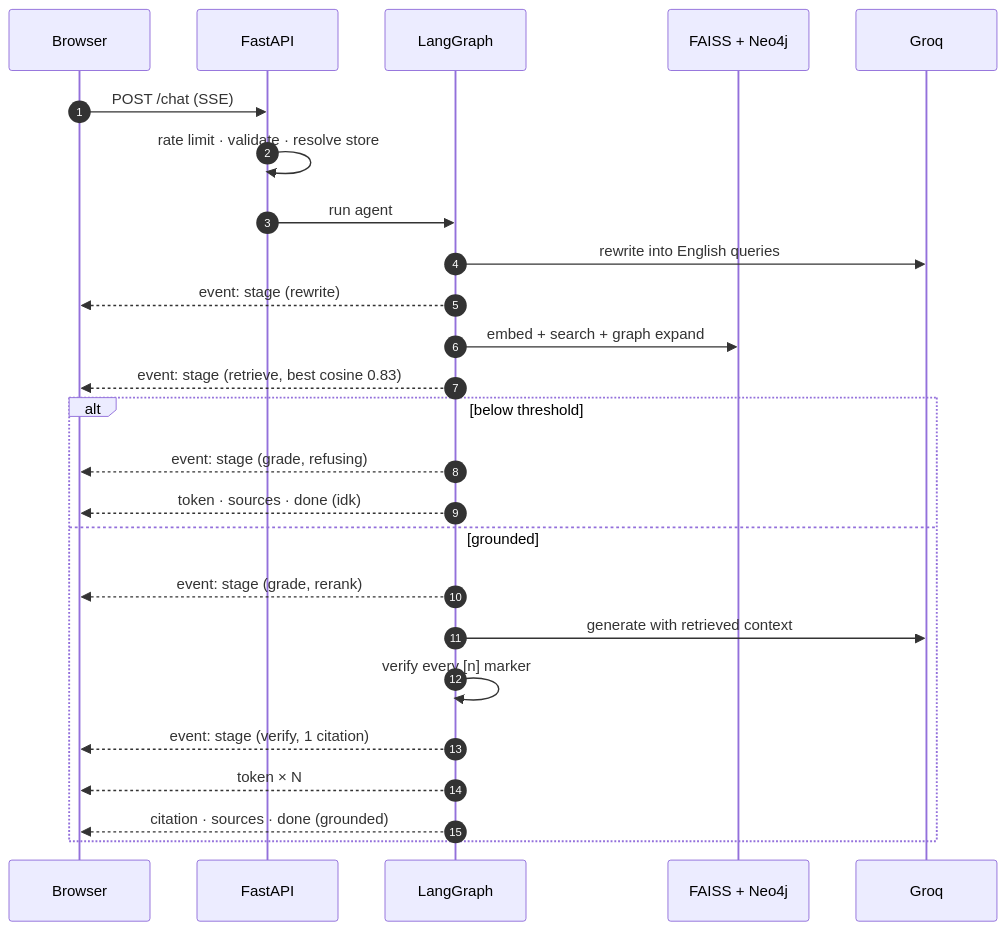
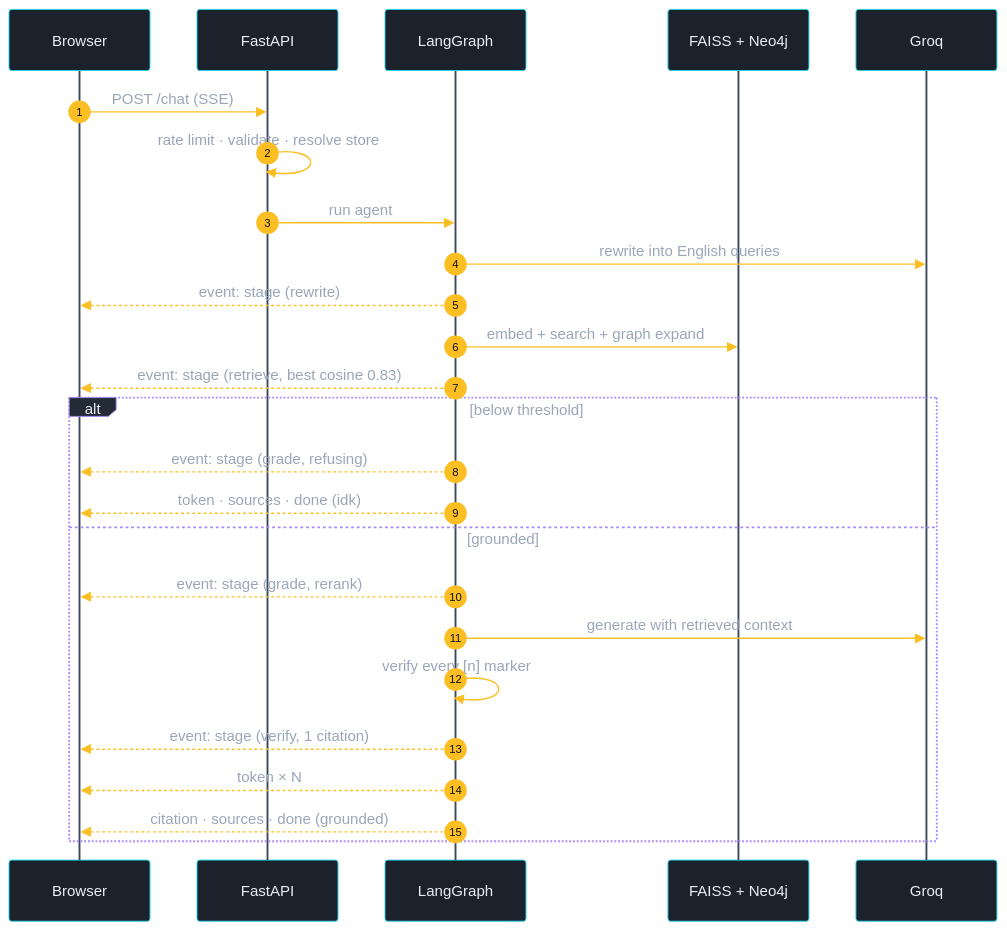
One commit to arhamchoudhary04/Pakistan-Law-Copilot changed the first of 2 diagrams in README.md. Above: the diagram before and after it, drawn with Mermaid. The commit also changed other lines of this file and 3 other files, not shown here.

First line of the commit message:
docs: generated colour diagrams and a badge-based tech stack

````diff
--- a/README.md
+++ b/README.md
@@ -248,30 +199,40 @@
 ```mermaid
+%%{init: {'theme':'base','themeVariables':{
+  'background':'#0E1117','primaryColor':'#1C222C',
+  'primaryTextColor':'#E9EEF5','primaryBorderColor':'#A78BFA','lineColor':'#FBBF24',
+  'secondaryColor':'#232B37','tertiaryColor':'#151A22','textColor':'#9AA6B8',
+  'actorBkg':'#1C222C','actorBorder':'#22D3EE','actorTextColor':'#E9EEF5',
+  'actorLineColor':'#3B475A','signalColor':'#FBBF24','signalTextColor':'#9AA6B8',
+  'labelBoxBkgColor':'#232B37','labelBoxBorderColor':'#A78BFA','labelTextColor':'#E9EEF5',
+  'loopTextColor':'#9AA6B8','altSectionBkgColor':'#151A22',
+  'noteBkgColor':'#232B37','noteTextColor':'#E9EEF5','noteBorderColor':'#34D399',
+  'sequenceNumberColor':'#0E1117'}}}%%
 sequenceDiagram
     autonumber
     participant B as Browser
     participant A as FastAPI
     participant G as LangGraph
     participant V as FAISS + Neo4j
     participant L as Groq
 
     B->>A: POST /chat (SSE)
     A->>A: rate limit · validate · resolve store
     A->>G: run agent
 
     G->>L: rewrite into English queries
     G-->>B: event: stage (rewrite)
     G->>V: embed + search + graph expand
     G-->>B: event: stage (retrieve, best cosine 0.83)
 
     alt below threshold
         G-->>B: event: stage (grade, refusing)
         G-->>B: token · sources · done (idk)
     else grounded
         G-->>B: event: stage (grade, rerank)
         G->>L: generate with retrieved context
         G->>G: verify every [n] marker
         G-->>B: event: stage (verify, 1 citation)
         G-->>B: token × N
         G-->>B: citation · sources · done (grounded)
     end
 ```
````
